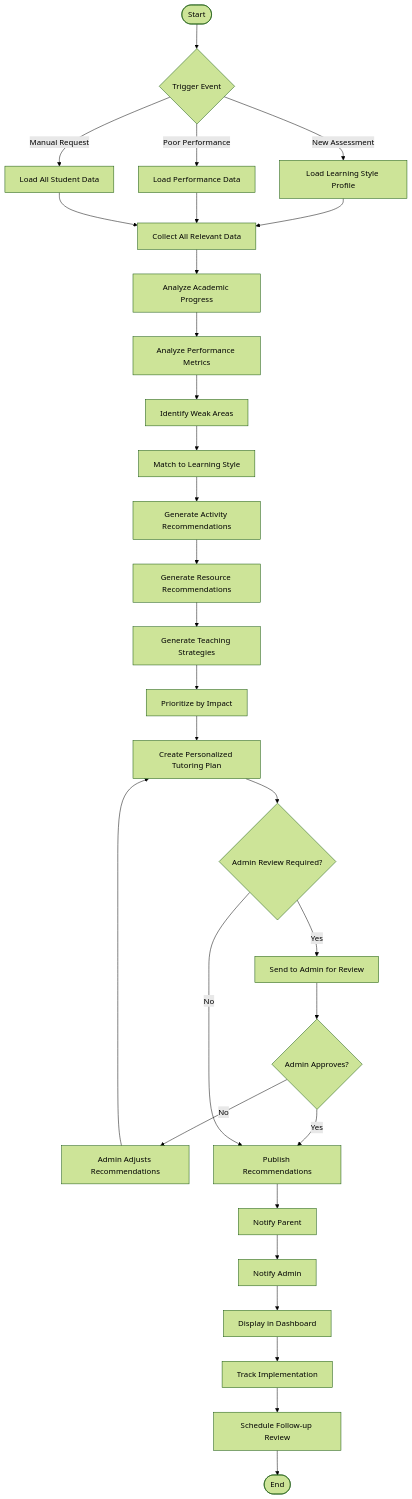
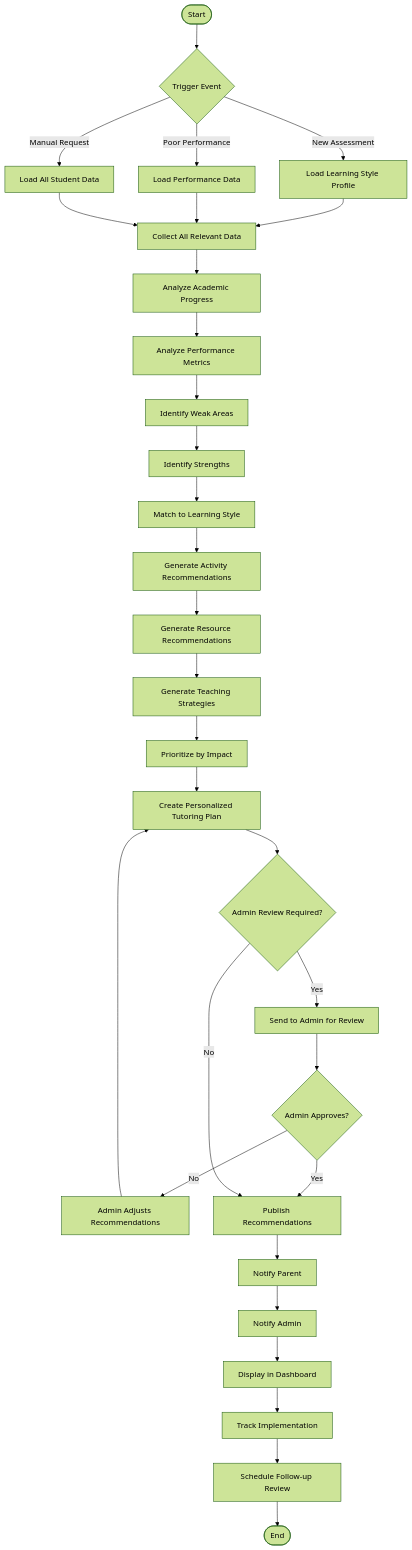
One commit to TongYwen/childfyp5 changed diagram 12 of 18 in diagrams.md. Above: the diagram before and after it, drawn with Mermaid (forest theme). The commit also changed other lines of this file, not shown here.

First line of the commit message:
Update diagrams with proper UML notation

````diff
--- a/diagrams.md
+++ b/diagrams.md
@@ -332,39 +465,40 @@
 ```mermaid
 flowchart TD
     Start([Start]) --> TriggerEvent{Trigger Event}
 
     TriggerEvent -->|New Assessment| LoadLearningStyle
     TriggerEvent -->|Poor Performance| LoadPerformanceData
     TriggerEvent -->|Manual Request| LoadAllData
 
     LoadLearningStyle[Load Learning Style Profile] --> CollectData
     LoadPerformanceData[Load Performance Data] --> CollectData
     LoadAllData[Load All Student Data] --> CollectData
 
     CollectData[Collect All Relevant Data] --> AnalyzeProgress[Analyze Academic Progress]
     AnalyzeProgress --> AnalyzePerformance[Analyze Performance Metrics]
     AnalyzePerformance --> IdentifyWeaknesses[Identify Weak Areas]
-    IdentifyWeaknesses --> MatchLearningStyle[Match to Learning Style]
+    IdentifyWeaknesses --> IdentifyStrengths[Identify Strengths]
+    IdentifyStrengths --> MatchLearningStyle[Match to Learning Style]
 
     MatchLearningStyle --> GenerateActivities[Generate Activity Recommendations]
     GenerateActivities --> GenerateResources[Generate Resource Recommendations]
     GenerateResources --> GenerateStrategies[Generate Teaching Strategies]
 
     GenerateStrategies --> PrioritizeRecommendations[Prioritize by Impact]
     PrioritizeRecommendations --> CreatePlan[Create Personalized Tutoring Plan]
     CreatePlan --> ReviewPlan{Admin Review Required?}
 
     ReviewPlan -->|Yes| SendToAdmin[Send to Admin for Review]
     SendToAdmin --> AdminApproval{Admin Approves?}
     AdminApproval -->|No| AdjustRecommendations[Admin Adjusts Recommendations]
     AdjustRecommendations --> CreatePlan
     AdminApproval -->|Yes| PublishPlan
 
     ReviewPlan -->|No| PublishPlan[Publish Recommendations]
     PublishPlan --> NotifyParent[Notify Parent]
     NotifyParent --> NotifyAdmin[Notify Admin]
     NotifyAdmin --> DisplayRecommendations[Display in Dashboard]
     DisplayRecommendations --> TrackImplementation[Track Implementation]
     TrackImplementation --> ScheduleFollowUp[Schedule Follow-up Review]
     ScheduleFollowUp --> End([End])
 ```
````
